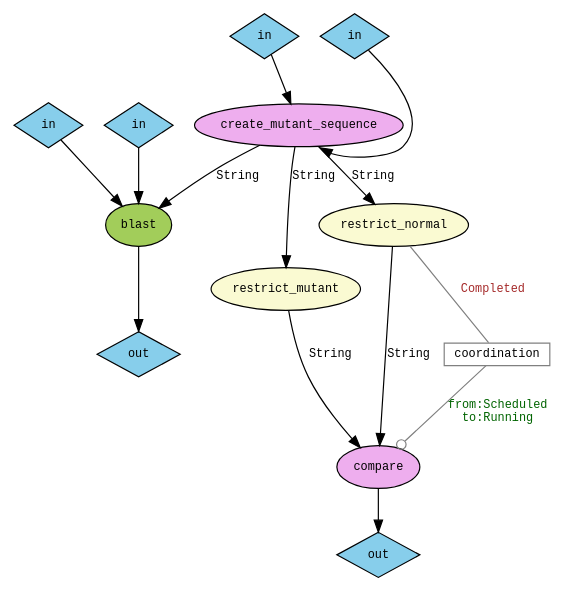
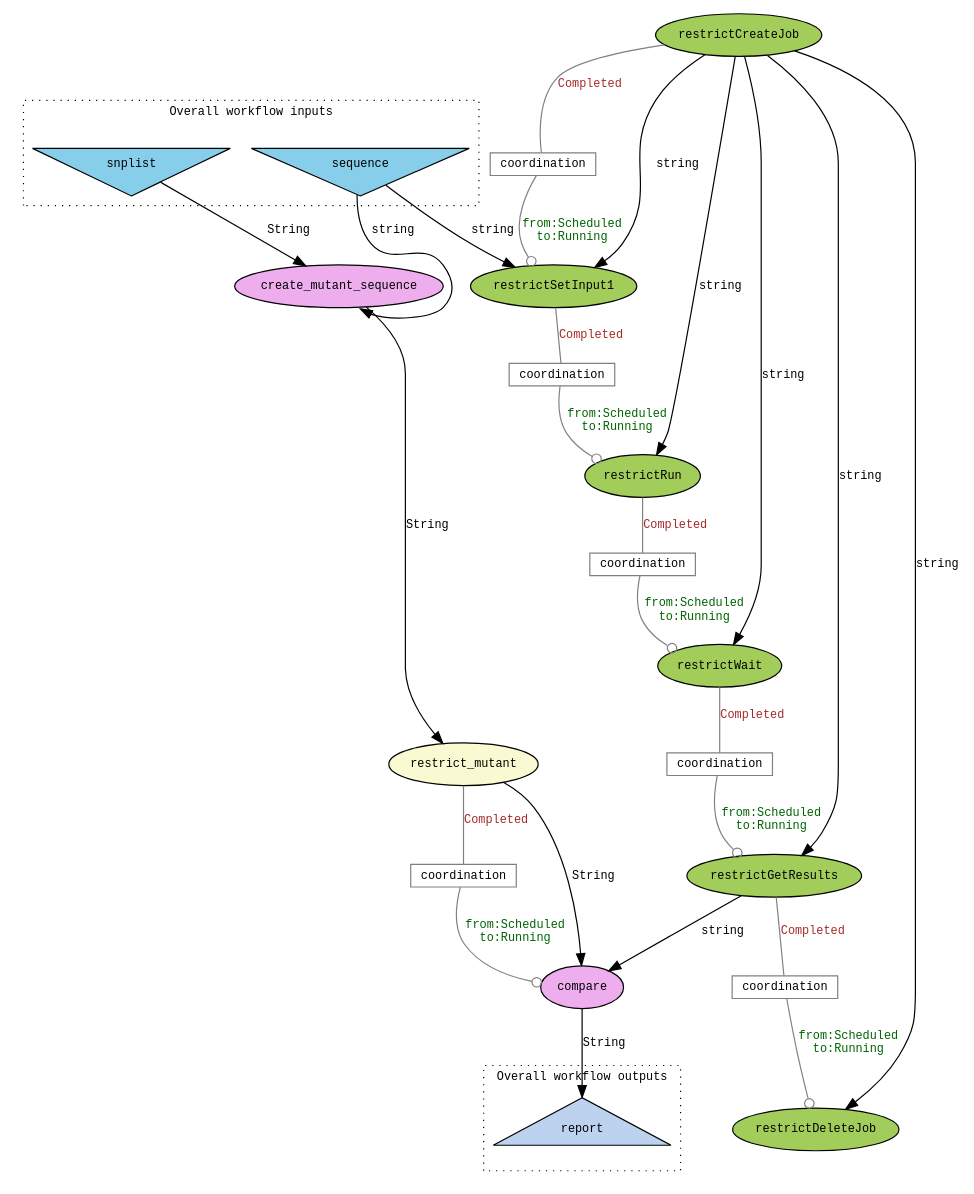
Before and after one commit to taverna/taverna-svn: the diagram in trunk/taverna1.0/hybridworkflow/workflow.none.dot, drawn with Graphviz. The commit also changed 15 other files, not shown here.

```diff
--- a/trunk/taverna1.0/hybridworkflow/workflow.none.dot
+++ b/trunk/taverna1.0/hybridworkflow/workflow.none.dot
@@ -18,64 +18,9 @@
   color="black"                
  ];
 
- externalblastdatabase [
-  shape="diamond",
-  width="0",
-  height="0",
-  fillcolor="skyblue",
-  label="in"
- ]
- externalblastdatabase->blast:database;
- externalblastprogram [
-  shape="diamond",
-  width="0",
-  height="0",
-  fillcolor="skyblue",
-  label="in"
- ]
- externalblastprogram->blast:program;
- externalblastresult [
-  shape="diamond",
-  width="0",
-  height="0",
-  fillcolor="skyblue",
-  label="out"
- ]
- blast:result->externalblastresult;
- externalcompareoutput [
-  shape="diamond",
-  width="0",
-  height="0",
-  fillcolor="skyblue",
-  label="out"
- ]
- compare:output->externalcompareoutput;
- externalcreate_mutant_sequencesequence [
-  shape="diamond",
-  width="0",
-  height="0",
-  fillcolor="skyblue",
-  label="in"
- ]
- externalcreate_mutant_sequencesequence->create_mutant_sequence:sequence;
- externalcreate_mutant_sequencesnplist [
-  shape="diamond",
-  width="0",
-  height="0",
-  fillcolor="skyblue",
-  label="in"
- ]
- externalcreate_mutant_sequencesnplist->create_mutant_sequence:snplist;
- blast [ 
-  fillcolor = "darkolivegreen3",
-  label = "blast"
- ];
  compare [ 
   fillcolor = "plum2",
   label = "compare"
- ];
- restrict_normal [ 
-  label = "restrict_normal"
  ];
  restrict_mutant [ 
   label = "restrict_mutant"
@@ -84,16 +29,89 @@
   fillcolor = "plum2",
   label = "create_mutant_sequence"
  ];
- create_mutant_sequence->blast [ 
-  label = "String" ];
- restrict_normal->compare [ 
-  label = "String" ];
+ restrictCreateJob [ 
+  fillcolor = "darkolivegreen3",
+  label = "restrictCreateJob"
+ ];
+ restrictSetInput1 [ 
+  fillcolor = "darkolivegreen3",
+  label = "restrictSetInput1"
+ ];
+ restrictRun [ 
+  fillcolor = "darkolivegreen3",
+  label = "restrictRun"
+ ];
+ restrictWait [ 
+  fillcolor = "darkolivegreen3",
+  label = "restrictWait"
+ ];
+ restrictGetResults [ 
+  fillcolor = "darkolivegreen3",
+  label = "restrictGetResults"
+ ];
+ restrictDeleteJob [ 
+  fillcolor = "darkolivegreen3",
+  label = "restrictDeleteJob"
+ ];
+ restrictGetResults->compare [ 
+  label = "string" ];
  restrict_mutant->compare [ 
   label = "String" ];
- create_mutant_sequence->restrict_normal [ 
+ WORKFLOWINTERNALSOURCE_snplist->create_mutant_sequence:snplist [ 
+  label = "String" ];
+ WORKFLOWINTERNALSOURCE_sequence->create_mutant_sequence:sequence [ 
+  label = "string" ];
+ compare:output->WORKFLOWINTERNALSINK_report [ 
   label = "String" ];
  create_mutant_sequence->restrict_mutant [ 
   label = "String" ];
+ restrictCreateJob->restrictSetInput1 [ 
+  label = "string" ];
+ WORKFLOWINTERNALSOURCE_sequence->restrictSetInput1:value [ 
+  label = "string" ];
+ restrictCreateJob->restrictRun [ 
+  label = "string" ];
+ restrictCreateJob->restrictWait [ 
+  label = "string" ];
+ restrictCreateJob->restrictGetResults [ 
+  label = "string" ];
+ restrictCreateJob->restrictDeleteJob [ 
+  label = "string" ];
+ subgraph cluster_sources {
+  style="dotted"
+  label="Overall workflow inputs"
+  fontname="Courier"
+  fontsize="10"
+  rank="same"
+  WORKFLOWINTERNALSOURCE_sequence [
+   shape="invtriangle",
+   width="0",
+   height="0",
+   fillcolor="skyblue",
+   label="sequence"
+  ]
+  WORKFLOWINTERNALSOURCE_snplist [
+   shape="invtriangle",
+   width="0",
+   height="0",
+   fillcolor="skyblue",
+   label="snplist"
+  ]
+ }
+ subgraph cluster_sinks {
+  style="dotted"
+  label="Overall workflow outputs"
+  fontname="Courier"
+  fontsize="10"
+  rank="same"
+  WORKFLOWINTERNALSINK_report [
+   shape="triangle",
+   width="0",
+   height="0",
+   fillcolor="lightsteelblue2",
+   label="report"
+  ]
+ }
  constrainttestcoordination [
   shape="rectangle",
   fillcolor="white",
@@ -102,7 +120,7 @@
   color="gray",
   label="coordination"
  ]
- restrict_normal->constrainttestcoordination [
+ restrict_mutant->constrainttestcoordination [
   arrowhead="none",
   arrowtail="dot",
   color="gray",
@@ -116,4 +134,114 @@
   fontcolor="darkgreen",
   label="from:Scheduled\nto:Running"
  ];
+ constraintsetInput1 [
+  shape="rectangle",
+  fillcolor="white",
+  height="0",
+  width="0",
+  color="gray",
+  label="coordination"
+ ]
+ restrictCreateJob->constraintsetInput1 [
+  arrowhead="none",
+  arrowtail="dot",
+  color="gray",
+  fontcolor="brown",
+  label="Completed"
+ ]
+ constraintsetInput1->restrictSetInput1 [
+  arrowhead="odot",
+  arrowtail="none",
+  color="gray",
+  fontcolor="darkgreen",
+  label="from:Scheduled\nto:Running"
+ ];
+ constraintwaitForInput1 [
+  shape="rectangle",
+  fillcolor="white",
+  height="0",
+  width="0",
+  color="gray",
+  label="coordination"
+ ]
+ restrictSetInput1->constraintwaitForInput1 [
+  arrowhead="none",
+  arrowtail="dot",
+  color="gray",
+  fontcolor="brown",
+  label="Completed"
+ ]
+ constraintwaitForInput1->restrictRun [
+  arrowhead="odot",
+  arrowtail="none",
+  color="gray",
+  fontcolor="darkgreen",
+  label="from:Scheduled\nto:Running"
+ ];
+ constraintwaitForExecution [
+  shape="rectangle",
+  fillcolor="white",
+  height="0",
+  width="0",
+  color="gray",
+  label="coordination"
+ ]
+ restrictRun->constraintwaitForExecution [
+  arrowhead="none",
+  arrowtail="dot",
+  color="gray",
+  fontcolor="brown",
+  label="Completed"
+ ]
+ constraintwaitForExecution->restrictWait [
+  arrowhead="odot",
+  arrowtail="none",
+  color="gray",
+  fontcolor="darkgreen",
+  label="from:Scheduled\nto:Running"
+ ];
+ constraintgetResults [
+  shape="rectangle",
+  fillcolor="white",
+  height="0",
+  width="0",
+  color="gray",
+  label="coordination"
+ ]
+ restrictWait->constraintgetResults [
+  arrowhead="none",
+  arrowtail="dot",
+  color="gray",
+  fontcolor="brown",
+  label="Completed"
+ ]
+ constraintgetResults->restrictGetResults [
+  arrowhead="odot",
+  arrowtail="none",
+  color="gray",
+  fontcolor="darkgreen",
+  label="from:Scheduled\nto:Running"
+ ];
+ constraintcleanup [
+  shape="rectangle",
+  fillcolor="white",
+  height="0",
+  width="0",
+  color="gray",
+  label="coordination"
+ ]
+ restrictGetResults->constraintcleanup [
+  arrowhead="none",
+  arrowtail="dot",
+  color="gray",
+  fontcolor="brown",
+  label="Completed"
+ ]
+ constraintcleanup->restrictDeleteJob [
+  arrowhead="odot",
+  arrowtail="none",
+  color="gray",
+  fontcolor="darkgreen",
+  label="from:Scheduled\nto:Running"
+ ];
 }
```
